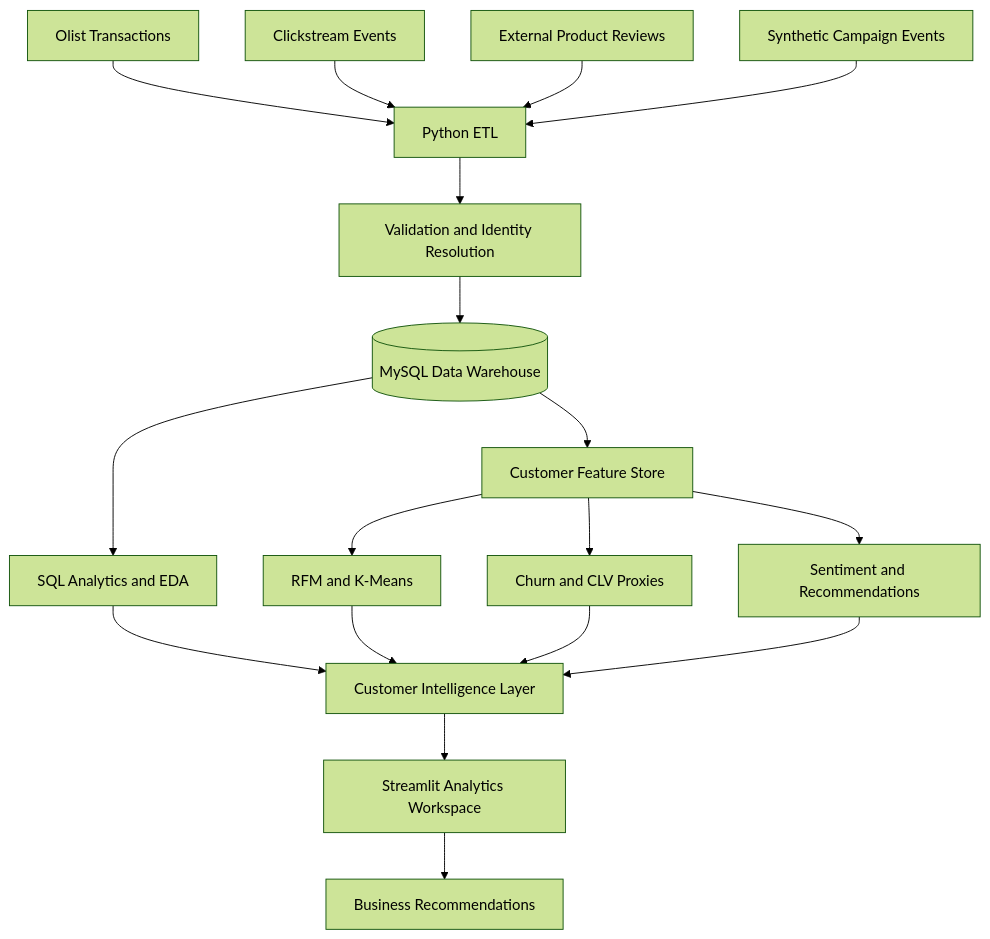
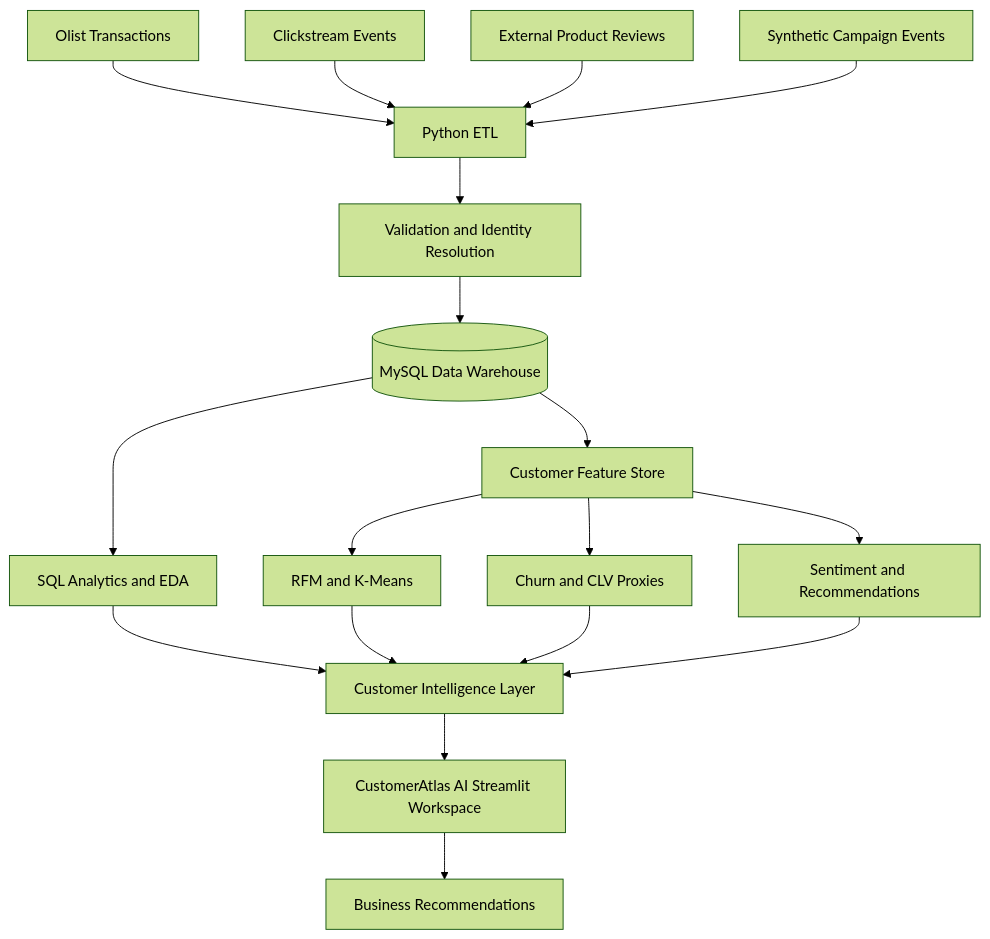
The first of 3 diagrams in README.md (suhani-chauhan56/Customer-360-Intelligence-Platform), drawn with Mermaid (forest theme) before and after one commit. The commit also changed other lines of this file and 14 other files, not shown here.

Commit message:
feat: implement full-stack CustomerAtlas AI platform with ETL pipelines, ML model evaluation, SQL warehouse schema, and Streamlit dashboard

````diff
--- a/README.md
+++ b/README.md
@@ -51,23 +64,23 @@
 ```mermaid
 flowchart TD
     A[Olist Transactions] --> E[Python ETL]
     B[Clickstream Events] --> E
     C[External Product Reviews] --> E
     D[Synthetic Campaign Events] --> E
 
     E --> F[Validation and Identity Resolution]
     F --> G[(MySQL Data Warehouse)]
     G --> H[SQL Analytics and EDA]
     G --> I[Customer Feature Store]
 
     I --> J[RFM and K-Means]
     I --> K[Churn and CLV Proxies]
     I --> L[Sentiment and Recommendations]
 
     H --> M[Customer Intelligence Layer]
     J --> M
     K --> M
     L --> M
-    M --> N[Streamlit Analytics Workspace]
+    M --> N[CustomerAtlas AI Streamlit Workspace]
     N --> O[Business Recommendations]
 ```
````
